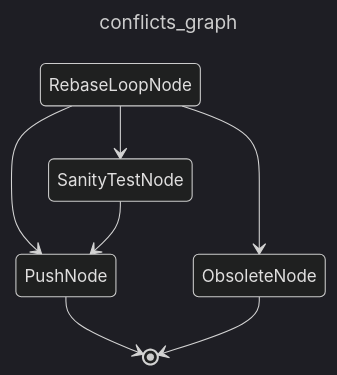
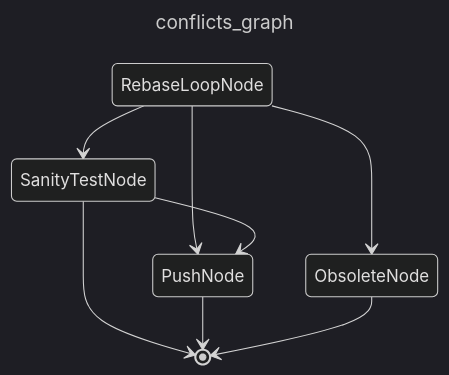
Before and after one commit to damien-robotsix/robotsix-cai: the diagram in docs/workflows/conflicts.md, drawn with Mermaid (dark theme). The commit also changed 2 other files, not shown here.

Commit message:
Hand off to implement agent when post-rebase sanity tests fail
cai-resolve-conflicts used to raise RuntimeError when the sanity test
pass failed after the resolve_step agent finished a non-trivial rebase,
forcing a human to step in for what is often a small mistake (e.g. the
agent picked an already-used nav_order while merging registry entries).

SanityTestNode now mirrors solve_pr: on failure it builds an IssueState
with the test output preset on test_failure_details, then awaits
solve_graph.run(ImplementNode(), …). Solve's existing graph drives the
implement → test → push loop with up to two retries via TestSanityNode,
and PRNode force-pushes the rewritten head. Our own PushNode is bypassed
in that branch since the handoff already pushed; rebased+fixed is the
new mode emitted in the JSON summary.

Rebase-loop failures still raise — only sanity-test failures route to
the implement agent, since they're recoverable in the same way solve
recovers from a sanity miss mid-run.

The cross-graph imports (cai.workflows.fsm, cai.workflows.implement)
are deferred inside SanityTestNode.run to keep the dependency direction
one-way (conflicts → fsm, never the reverse).

````diff
--- a/docs/workflows/conflicts.md
+++ b/docs/workflows/conflicts.md
@@ -15,12 +15,13 @@
 ```mermaid
 ---
 title: conflicts_graph
 ---
 stateDiagram-v2
   RebaseLoopNode --> SanityTestNode
   RebaseLoopNode --> PushNode
   RebaseLoopNode --> ObsoleteNode
   SanityTestNode --> PushNode
+  SanityTestNode --> [*]
   PushNode --> [*]
   ObsoleteNode --> [*]
 ```
````
